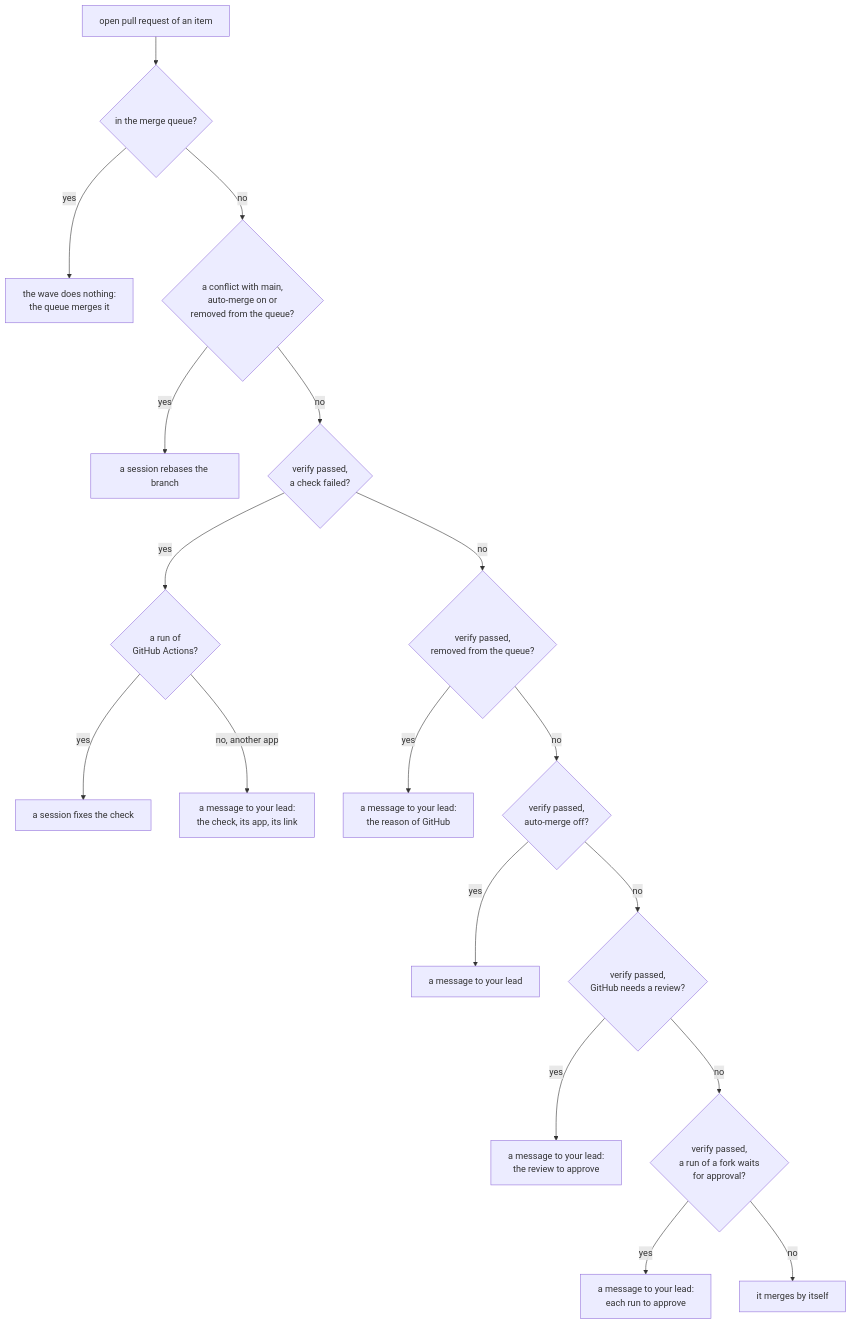
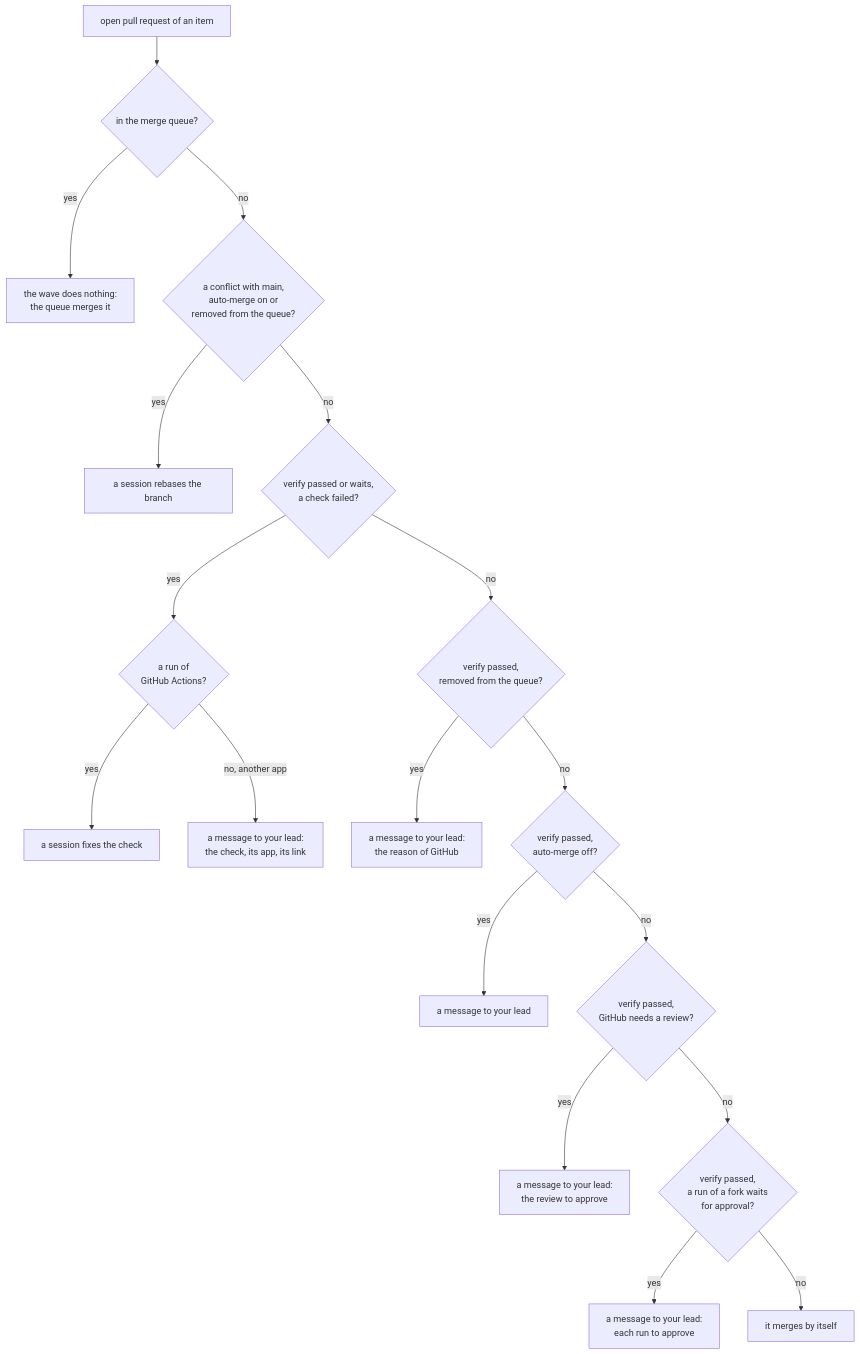
One commit to como-technologies/riff changed diagram 25 of 55 in docs/src/development.md. Above: the diagram before and after it, drawn with Mermaid. The commit also changed other lines of this file and 7 other files, not shown here.

First line of the commit message:
The wave starts a verify when each check has a run, and fixes a failed check first

````diff
--- a/docs/src/development.md
+++ b/docs/src/development.md
@@ -1949,20 +1980,20 @@
 ```mermaid
 flowchart TD
     P["open pull request of an item"] --> Q{"in the merge queue?"}
     Q -- yes --> W["the wave does nothing:<br/>the queue merges it"]
     Q -- no --> C{"a conflict with main,<br/>auto-merge on or<br/>removed from the queue?"}
     C -- yes --> R["a session rebases the branch"]
-    C -- no --> F{"verify passed,<br/>a check failed?"}
+    C -- no --> F{"verify passed or waits,<br/>a check failed?"}
     F -- yes --> G{"a run of<br/>GitHub Actions?"}
     G -- yes --> B["a session fixes the check"]
     G -- "no, another app" --> N["a message to your lead:<br/>the check, its app, its link"]
     F -- no --> D{"verify passed,<br/>removed from the queue?"}
     D -- yes --> M2["a message to your lead:<br/>the reason of GitHub"]
     D -- no --> A{"verify passed,<br/>auto-merge off?"}
     A -- yes --> M["a message to your lead"]
     A -- no --> V{"verify passed,<br/>GitHub needs a review?"}
     V -- yes --> M3["a message to your lead:<br/>the review to approve"]
     V -- no --> U{"verify passed,<br/>a run of a fork waits<br/>for approval?"}
     U -- yes --> M4["a message to your lead:<br/>each run to approve"]
     U -- no --> OK["it merges by itself"]
 ```
````
